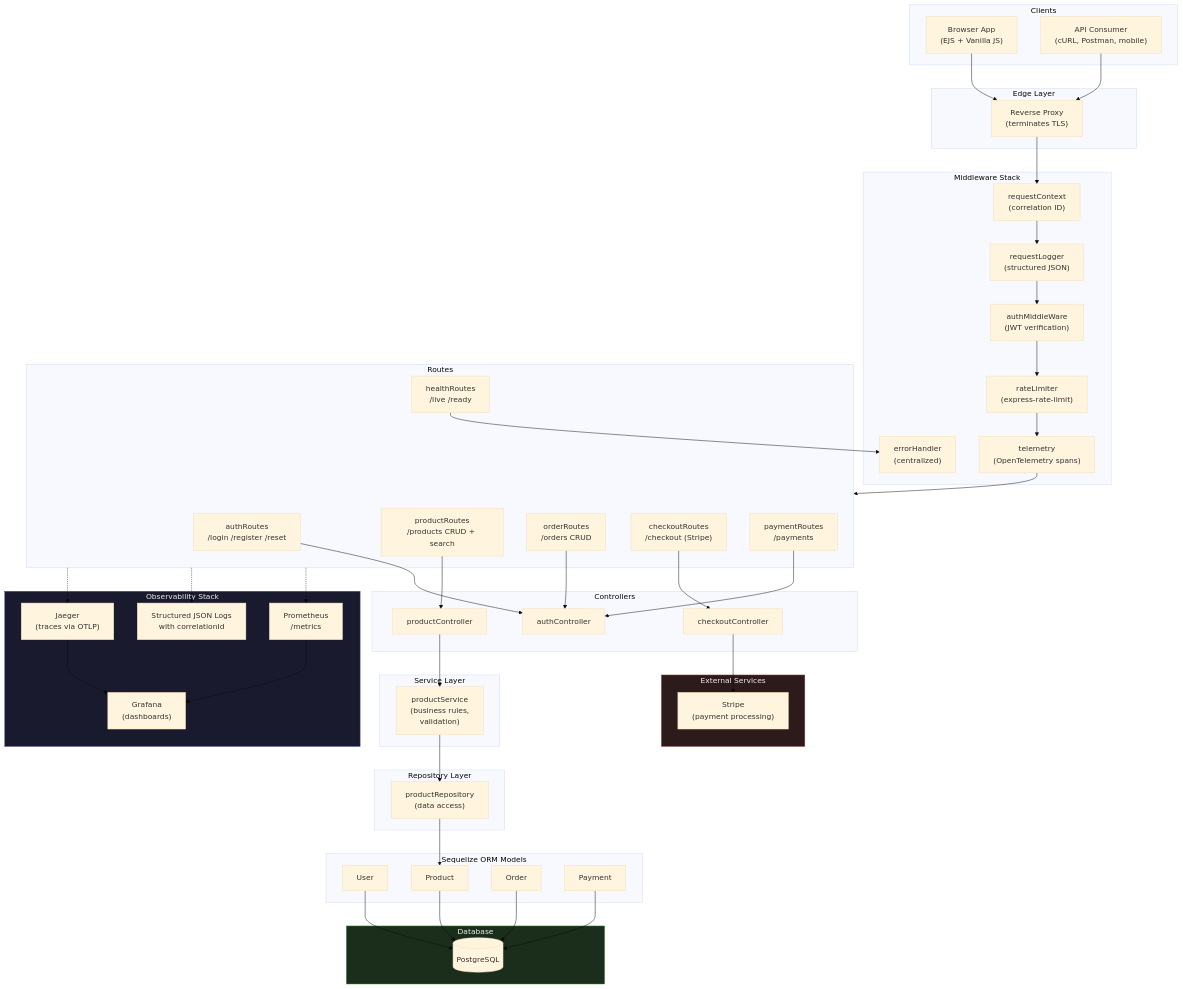
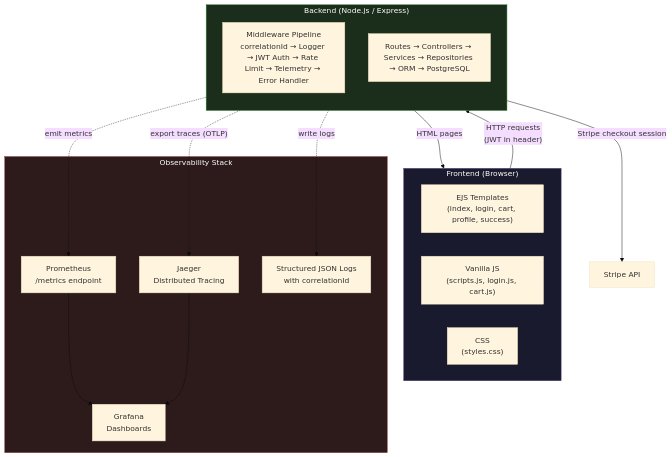
One commit to tukue/ecommerce-api changed the diagram in README.md. Above: the diagram before and after it, drawn with Mermaid (base theme). The commit also changed other lines of this file, not shown here.

Commit message:
docs: simplify architecture diagram to focus on frontend, backend, and observability integration

````diff
--- a/README.md
+++ b/README.md
@@ -21,96 +21,35 @@
 ```mermaid
 flowchart TB
-    subgraph Client["Clients"]
-        Browser["Browser App\n(EJS + Vanilla JS)"]
-        API_Client["API Consumer\n(cURL, Postman, mobile)"]
+    subgraph Frontend["Frontend (Browser)"]
+        EJS["EJS Templates\n(index, login, cart, profile, success)"]
+        JS["Vanilla JS\n(scripts.js, login.js, cart.js)"]
+        CSS["CSS\n(styles.css)"]
     end
 
-    subgraph Edge ["Edge Layer"]
-        LB["Reverse Proxy\n(terminates TLS)"]
+    subgraph Backend["Backend (Node.js / Express)"]
+        direction TB
+        MW["Middleware Pipeline\ncorrelationId → Logger → JWT Auth → Rate Limit → Telemetry → Error Handler"]
+        R["Routes → Controllers → Services → Repositories → ORM → PostgreSQL"]
     end
 
-    subgraph Middleware ["Middleware Stack"]
-        CTX["requestContext\n(correlation ID)"]
-        LOG["requestLogger\n(structured JSON)"]
-        AUTH["authMiddleWare\n(JWT verification)"]
-        RL["rateLimiter\n(express-rate-limit)"]
-        ERR["errorHandler\n(centralized)"]
-        TEL["telemetry\n(OpenTelemetry spans)"]
+    subgraph Observability["Observability Stack"]
+        Prom["Prometheus\n/metrics endpoint"]
+        Graf["Grafana\nDashboards"]
+        Jaeger["Jaeger\nDistributed Tracing"]
+        Logs["Structured JSON Logs\nwith correlationId"]
     end
 
-    subgraph Routes ["Routes"]
-        AR["authRoutes\n/login /register /reset"]
-        PR["productRoutes\n/products CRUD + search"]
-        OR["orderRoutes\n/orders CRUD"]
-        CHR["checkoutRoutes\n/checkout (Stripe)"]
-        PYR["paymentRoutes\n/payments"]
-        HR["healthRoutes\n/live /ready"]
-    end
+    Frontend -->|"HTTP requests\n(JWT in header)"| Backend
+    Backend -->|"HTML pages"| Frontend
+    Backend -->|"Stripe checkout session"| Stripe["Stripe API"]
 
-    subgraph Controllers ["Controllers"]
-        AC["authController"]
-        PC["productController"]
-        CHC["checkoutController"]
-    end
+    Backend -.->|"emit metrics"| Prom
+    Backend -.->|"export traces (OTLP)"| Jaeger
+    Backend -.->|"write logs"| Logs
+    Prom --> Graf
+    Jaeger --> Graf
 
-    subgraph Services ["Service Layer"]
-        PS["productService\n(business rules,\nvalidation)"]
-    end
-
-    subgraph Repos ["Repository Layer"]
-        PRR["productRepository\n(data access)"]
-    end
-
-    subgraph Models ["Sequelize ORM Models"]
-        UM["User"]
-        PM["Product"]
-        OM["Order"]
-        PYM["Payment"]
-    end
-
-    subgraph DB ["Database"]
-        PG[("PostgreSQL")]
-    end
-
-    subgraph Observability ["Observability Stack"]
-        PROM["Prometheus\n/metrics"]
-        GRAF["Grafana\n(dashboards)"]
-        JAEGER["Jaeger\n(traces via OTLP)"]
-        LOGS["Structured JSON Logs\nwith correlationId"]
-    end
-
-    subgraph External ["External Services"]
-        STRIPE["Stripe\n(payment processing)"]
-    end
-
-    Browser --> LB
-    API_Client --> LB
-    LB --> CTX --> LOG --> AUTH --> RL --> TEL
-    TEL --> Routes
-
-    AR --> AC
-    PR --> PC
-    OR --> AC
-    CHR --> CHC
-    PYR --> AC
-    HR --> ERR
-
-    PC --> PS --> PRR --> PM
-
-    PM --> PG
-    UM --> PG
-    OM --> PG
-    PYM --> PG
-
-    CHC --> STRIPE
-
-    Routes -.-> PROM
-    Routes -.-> LOGS
-    Routes -.-> JAEGER
-    PROM --> GRAF
-    JAEGER --> GRAF
-
-    style Observability fill:#1a1a2e,color:#eee,stroke:#4a4a8a
-    style External fill:#2d1b1b,color:#eee,stroke:#8a3a3a
-    style DB fill:#1b2d1b,color:#eee,stroke:#3a8a3a
+    style Frontend fill:#1a1a2e,color:#fff,stroke:#4a4a8a
+    style Backend fill:#1b2d1b,color:#fff,stroke:#3a8a3a
+    style Observability fill:#2d1b1b,color:#fff,stroke:#8a3a3a
 ```
````
